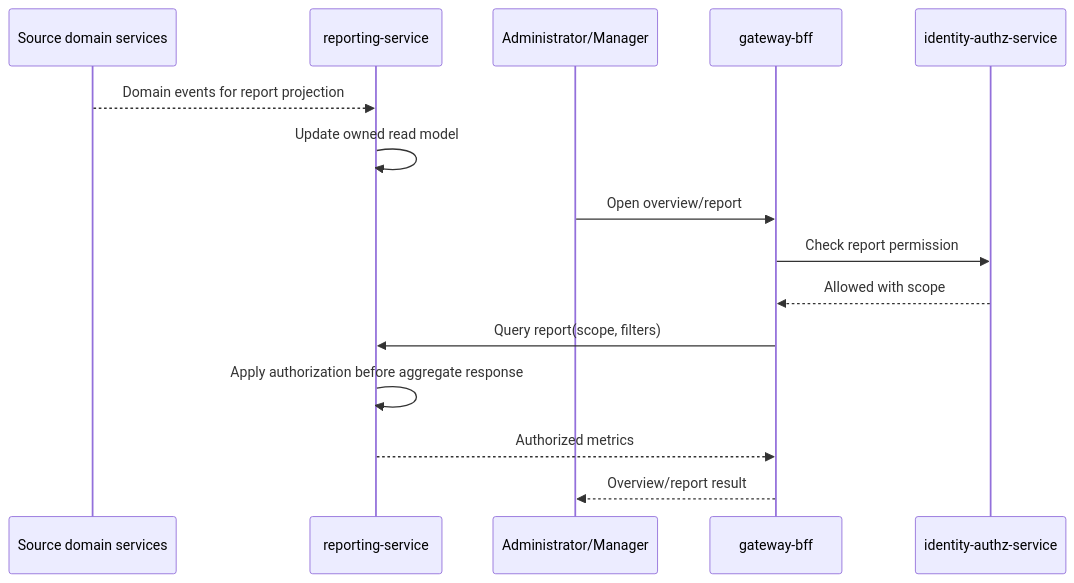
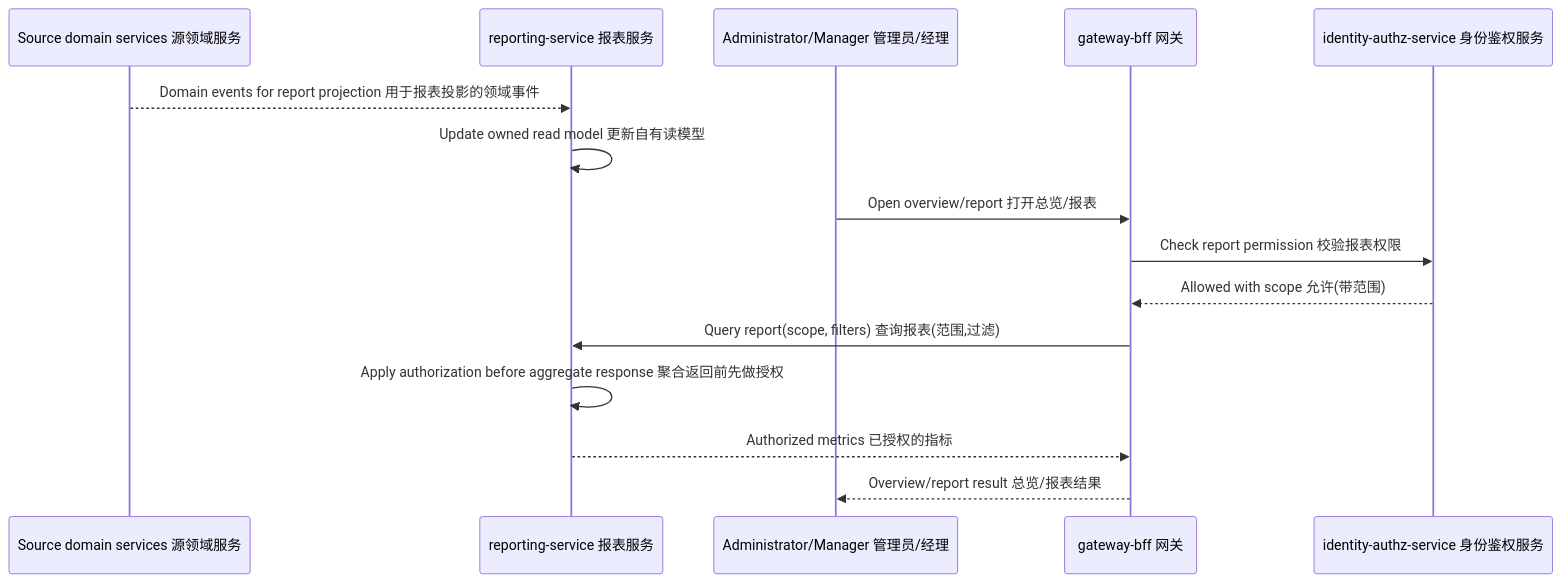
The ninth of 14 diagrams in docs/architecture/architecture.md (Neil996777/crm-system), drawn with Mermaid before and after one commit. The commit also changed other lines of this file and 33 other files, not shown here.

````diff
--- a/docs/architecture/architecture.md
+++ b/docs/architecture/architecture.md
@@ -394,18 +394,18 @@
 ```mermaid
 sequenceDiagram
-  participant S as Source domain services
-  participant R as reporting-service
-  participant U as Administrator/Manager
-  participant G as gateway-bff
-  participant P as identity-authz-service
+  participant S as Source domain services 源领域服务
+  participant R as reporting-service 报表服务
+  participant U as Administrator/Manager 管理员/经理
+  participant G as gateway-bff 网关
+  participant P as identity-authz-service 身份鉴权服务
 
-  S-->>R: Domain events for report projection
-  R->>R: Update owned read model
-  U->>G: Open overview/report
-  G->>P: Check report permission
-  P-->>G: Allowed with scope
-  G->>R: Query report(scope, filters)
-  R->>R: Apply authorization before aggregate response
-  R-->>G: Authorized metrics
-  G-->>U: Overview/report result
+  S-->>R: Domain events for report projection 用于报表投影的领域事件
+  R->>R: Update owned read model 更新自有读模型
+  U->>G: Open overview/report 打开总览/报表
+  G->>P: Check report permission 校验报表权限
+  P-->>G: Allowed with scope 允许(带范围)
+  G->>R: Query report(scope, filters) 查询报表(范围,过滤)
+  R->>R: Apply authorization before aggregate response 聚合返回前先做授权
+  R-->>G: Authorized metrics 已授权的指标
+  G-->>U: Overview/report result 总览/报表结果
 ```
````
